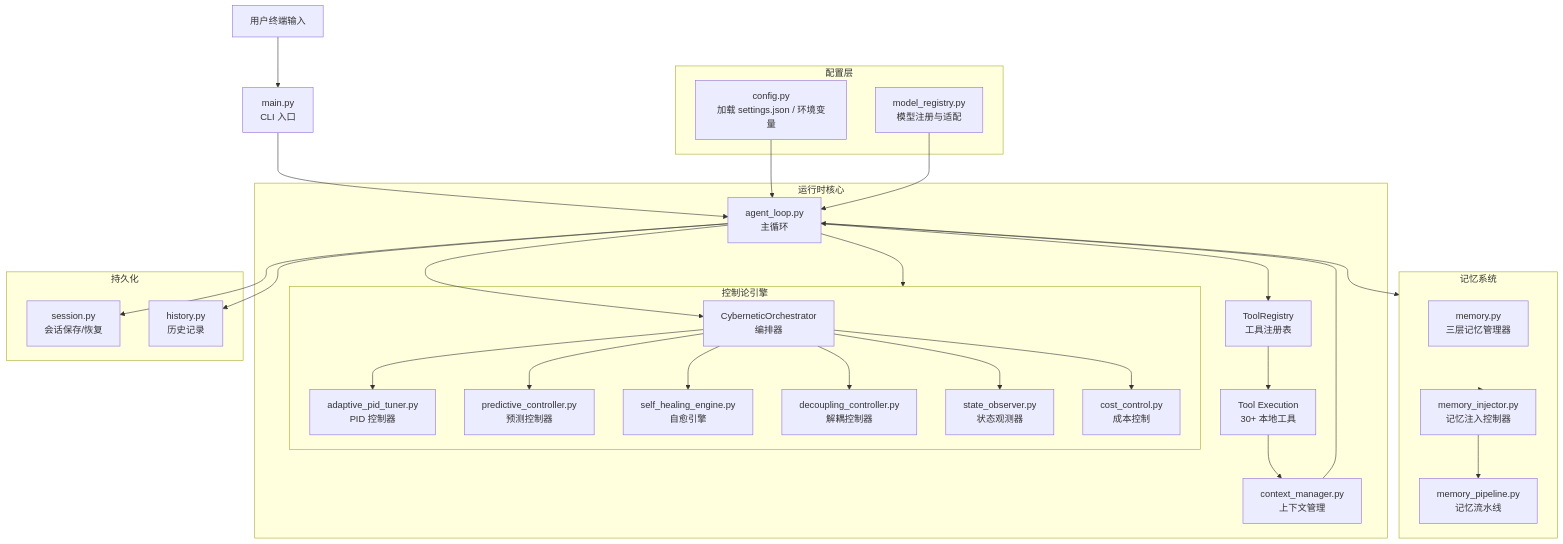
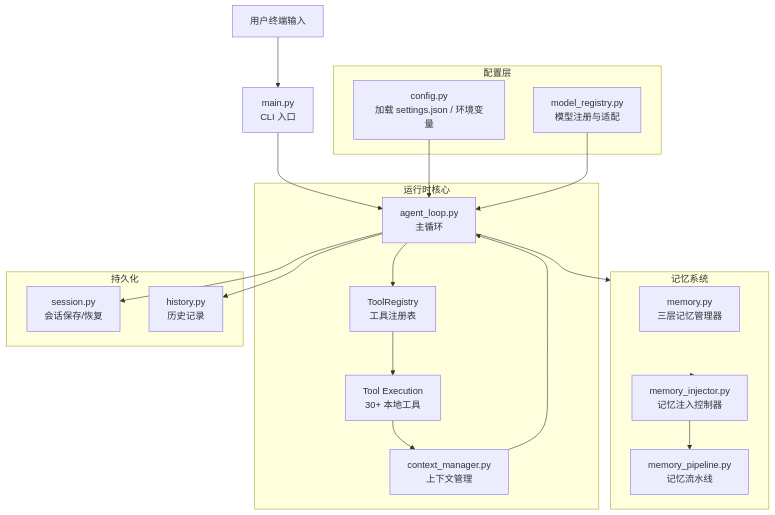
Before and after one commit to Au-LiuJY/mini-coding: the first of 2 diagrams in README.md, drawn with Mermaid. The commit also changed other lines of this file and 1 other file, not shown here.

````diff
--- a/README.md
+++ b/README.md
@@ -55,58 +53,38 @@
 ```mermaid
 flowchart TB
     User["用户终端输入"] --> CLI["main.py<br/>CLI 入口"]
 
     subgraph Config ["配置层"]
         Config_["config.py<br/>加载 settings.json / 环境变量"]
         Registry["model_registry.py<br/>模型注册与适配"]
     end
 
     CLI --> Loop["agent_loop.py<br/>主循环"]
     Config_ --> Loop
     Registry --> Loop
 
     subgraph Runtime ["运行时核心"]
         Loop --> Tools["ToolRegistry<br/>工具注册表"]
         Tools --> ToolExec["Tool Execution<br/>30+ 本地工具"]
         ToolExec --> Context["context_manager.py<br/>上下文管理"]
         Context --> Loop
-
-        Loop --> Cybernetics["控制论引擎"]
     end
-
-    subgraph Cybernetics ["控制论引擎"]
-        Orchestrator["CyberneticOrchestrator<br/>编排器"]
-        PID["adaptive_pid_tuner.py<br/>PID 控制器"]
-        Predict["predictive_controller.py<br/>预测控制器"]
-        Heal["self_healing_engine.py<br/>自愈引擎"]
-        Decouple["decoupling_controller.py<br/>解耦控制器"]
-        Observer["state_observer.py<br/>状态观测器"]
-        Cost["cost_control.py<br/>成本控制"]
-    end
-
-    Loop --> Orchestrator
-    Orchestrator --> PID
-    Orchestrator --> Predict
-    Orchestrator --> Heal
-    Orchestrator --> Decouple
-    Orchestrator --> Observer
-    Orchestrator --> Cost
 
     subgraph Memory ["记忆系统"]
         Mem["memory.py<br/>三层记忆管理器"]
         Injector["memory_injector.py<br/>记忆注入控制器"]
         Pipeline["memory_pipeline.py<br/>记忆流水线"]
     end
 
     Loop --> Memory
     Memory --> Injector
     Injector --> Pipeline
 
     subgraph Persistence ["持久化"]
         Session["session.py<br/>会话保存/恢复"]
         History["history.py<br/>历史记录"]
     end
 
     Loop --> Session
     Loop --> History
 ```
````
